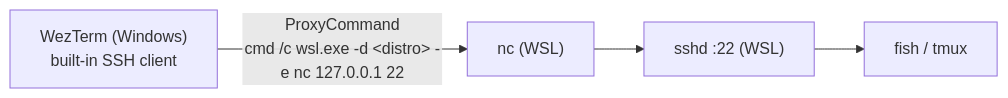
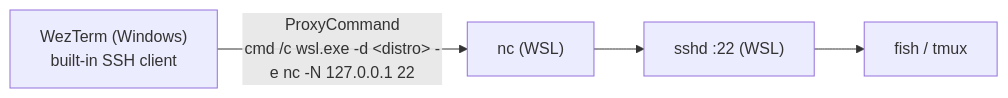
The diagram in docs/superpowers/specs/2026-11-22-wsl-terminal-ssh-design.md (kisepichu/dotfiles), drawn with Mermaid before and after one commit. The commit also changed other lines of this file and 1 other file, not shown here.

Commit message:
docs(wezterm): add the implementation plan for opening WSL over SSH, and refine the design with what the prototype settled (ssh-keyscan as the sshd check, nc -N, a closing Host *)

````diff
--- a/docs/superpowers/specs/2026-11-22-wsl-terminal-ssh-design.md
+++ b/docs/superpowers/specs/2026-11-22-wsl-terminal-ssh-design.md
@@ -60,6 +60,6 @@
 ```mermaid
 flowchart LR
-  W["WezTerm (Windows)<br/>built-in SSH client"] -->|"ProxyCommand<br/>cmd /c wsl.exe -d &lt;distro&gt; -e nc 127.0.0.1 22"| N["nc (WSL)"]
+  W["WezTerm (Windows)<br/>built-in SSH client"] -->|"ProxyCommand<br/>cmd /c wsl.exe -d &lt;distro&gt; -e nc -N 127.0.0.1 22"| N["nc (WSL)"]
   N --> S["sshd :22 (WSL)"]
   S --> F["fish / tmux"]
 ```
````
